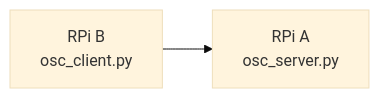
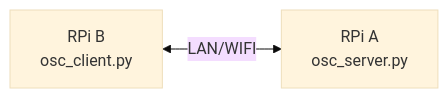
One commit to tl0wh/EGL314_Team-A_Project-Repository changed the first of 2 diagrams in Backlog 1 Sprint 1/Backlog1Sprint1.md. Above: the diagram before and after it, drawn with Mermaid (base theme).

````diff
--- a/Backlog 1 Sprint 1/Backlog1Sprint1.md
+++ b/Backlog 1 Sprint 1/Backlog1Sprint1.md
@@ -101,5 +101,5 @@
 ```mermaid
 graph LR
 
-A[RPi B<br>osc_client.py] --> B[RPi A<br>osc_server.py]
+A[RPi B<br>osc_client.py] <--LAN/WIFI--> B[RPi A<br>osc_server.py]
 ```
````
